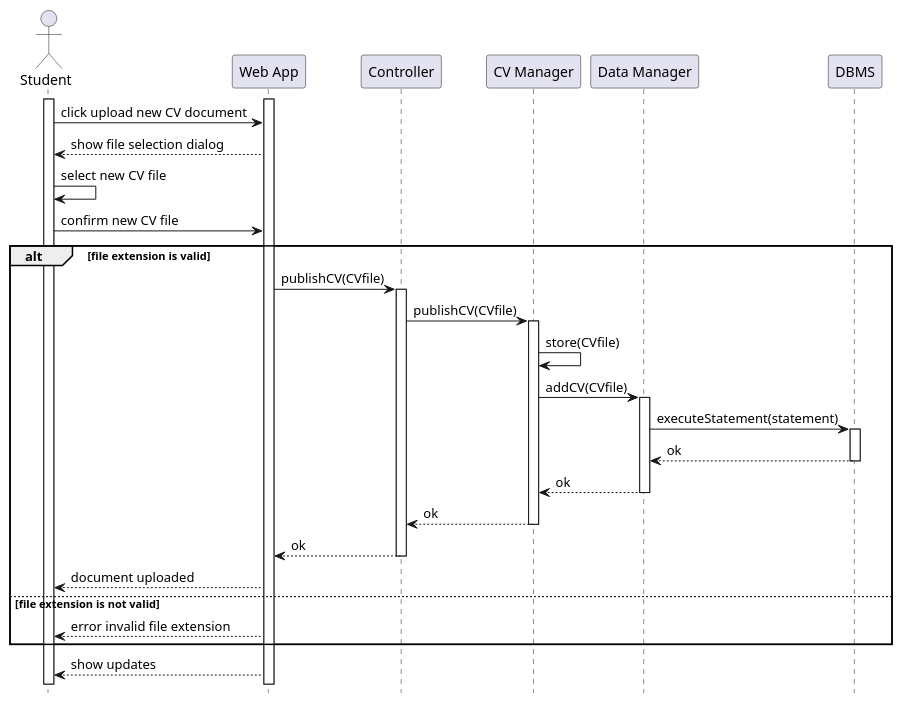
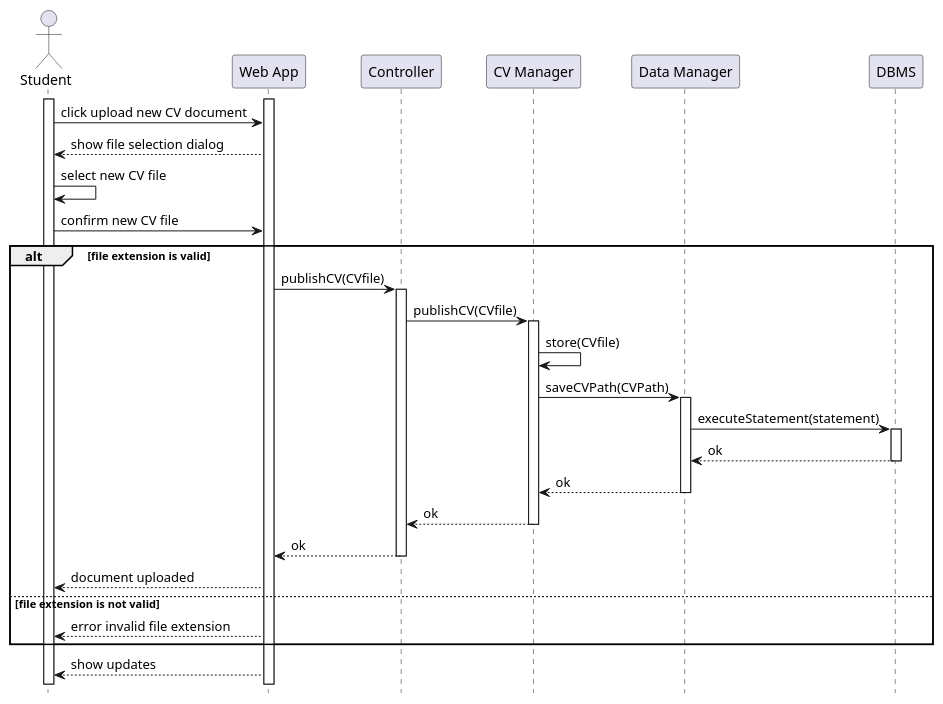
The diagram in DD/Architectural_design/uml_diagrams/RV12_diagram.puml (matti8702/R_and_DD_project_SE2), drawn with PlantUML before and after one commit. The commit also changed 10 other files, not shown here.

Commit message:
fix: fix RV8, RV12, RV13, RV15, RV21 diagrams

```diff
--- a/DD/Architectural_design/uml_diagrams/RV12_diagram.puml
+++ b/DD/Architectural_design/uml_diagrams/RV12_diagram.puml
@@ -1,45 +1,45 @@
 @startuml RV12_diagram
 hide footbox
 
 actor "Student" as S 
 participant "Web App" as W
 participant "Controller" AS C
 participant "CV Manager" AS CM
 participant "Data Manager" AS DM
 participant "DBMS" AS RD
 
 activate S
 activate W
 
 S -> W: click upload new CV document
 W --> S: show file selection dialog
 S -> S: select new CV file 
 S -> W: confirm new CV file
 
 alt file extension is valid
 W -> C: publishCV(CVfile)
 activate C
 C -> CM: publishCV(CVfile)
 activate CM
 CM -> CM: store(CVfile)
-CM -> DM: addCV(CVfile)
+CM -> DM: saveCVPath(CVPath)
 activate DM
 DM -> RD: executeStatement(statement)
 activate RD
 RD --> DM: ok
 deactivate RD
 DM --> CM: ok
 deactivate DM
 CM --> C: ok
 deactivate CM
 C --> W: ok
 deactivate C 
 W --> S: document uploaded
 
 else file extension is not valid
 W --> S: error invalid file extension
 end
 
 W --> S: show updates
 
 @enduml
```
